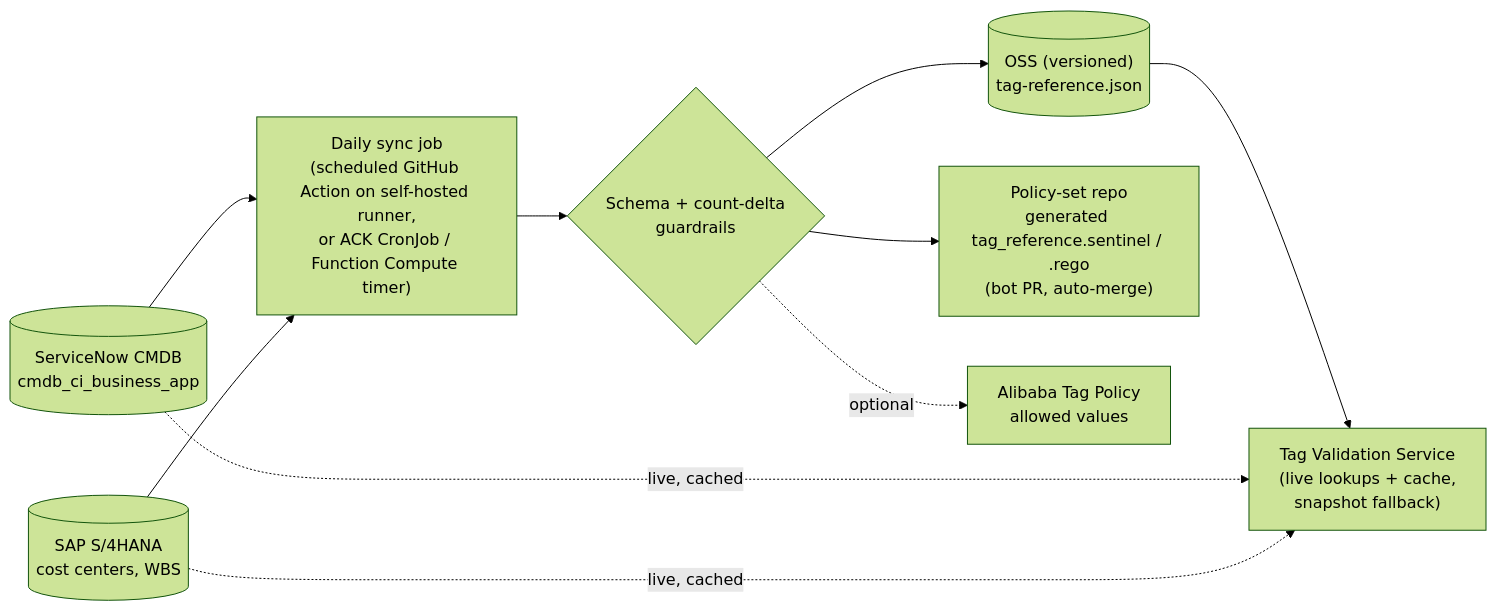
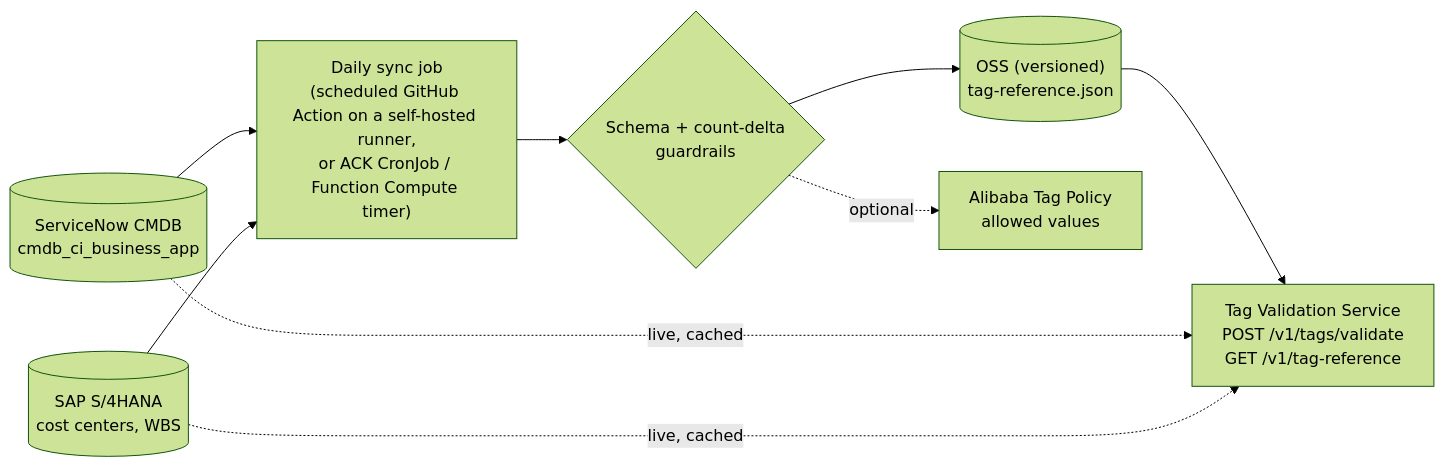
The second of 4 diagrams in docs/alicloud-tag-validation-options.md (vinothtestorg/terraform-cloud-policies), drawn with Mermaid (forest theme) before and after one commit. The commit also changed other lines of this file and 46 other files, not shown here.

First line of the commit message:
Rework tag validation design for HCP Terraform Stacks

````diff
--- a/docs/alicloud-tag-validation-options.md
+++ b/docs/alicloud-tag-validation-options.md
@@ -96,12 +109,11 @@
 ```mermaid
 flowchart LR
     SNOW[(ServiceNow CMDB<br/>cmdb_ci_business_app)] --> Sync
     SAP[(SAP S/4HANA<br/>cost centers, WBS)] --> Sync
-    Sync["Daily sync job<br/>(scheduled GitHub Action on self-hosted runner,<br/>or ACK CronJob / Function Compute timer)"] --> Guard{Schema + count-delta<br/>guardrails}
+    Sync["Daily sync job<br/>(scheduled GitHub Action on a self-hosted runner,<br/>or ACK CronJob / Function Compute timer)"] --> Guard{Schema + count-delta<br/>guardrails}
     Guard --> OSS[("OSS (versioned)<br/>tag-reference.json")]
-    Guard --> Repo["Policy-set repo<br/>generated tag_reference.sentinel / .rego<br/>(bot PR, auto-merge)"]
     Guard -.->|optional| TagPol["Alibaba Tag Policy<br/>allowed values"]
-    OSS --> TVS["Tag Validation Service<br/>(live lookups + cache,<br/>snapshot fallback)"]
+    OSS --> TVS["Tag Validation Service<br/>POST /v1/tags/validate<br/>GET /v1/tag-reference"]
     SNOW -.->|live, cached| TVS
     SAP -.->|live, cached| TVS
 ```
````
